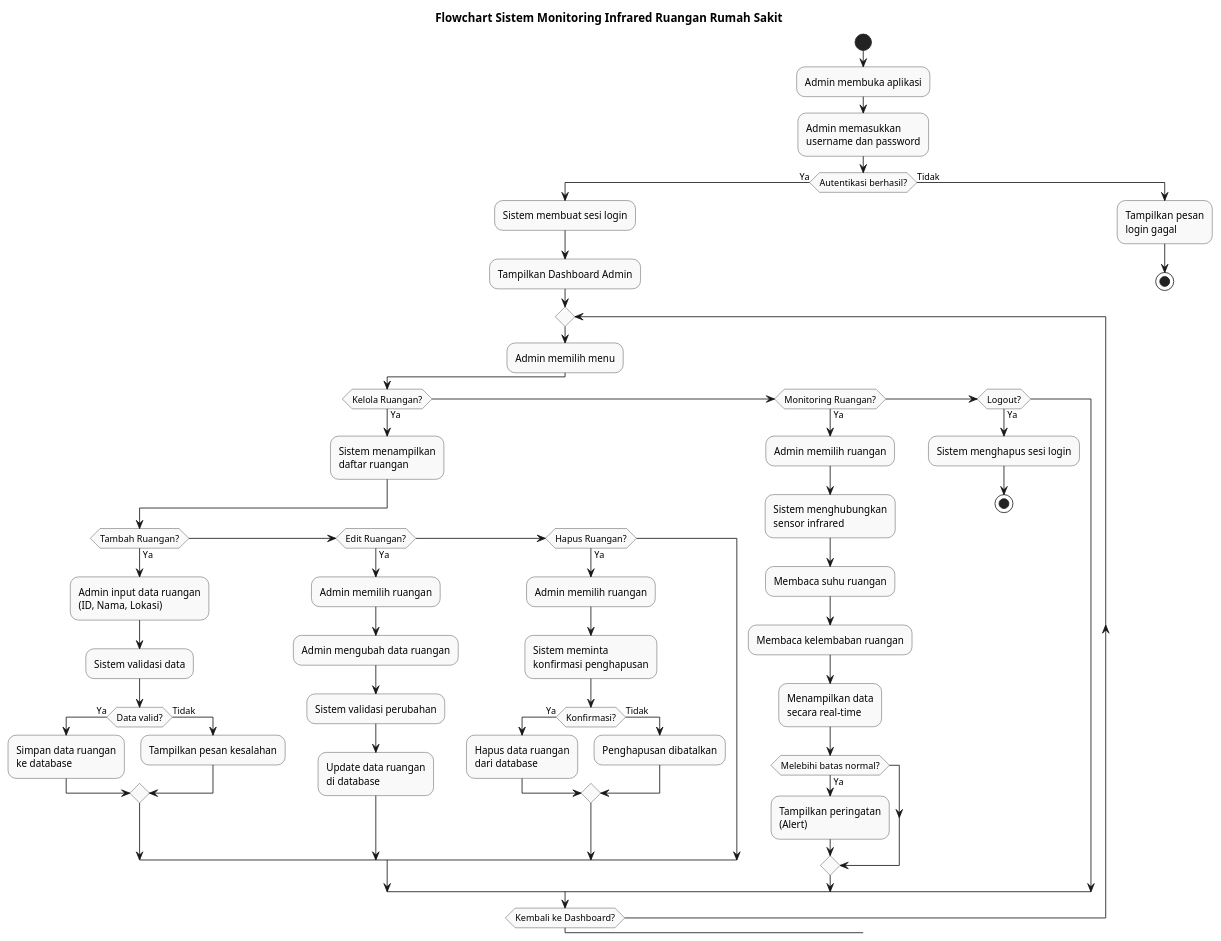
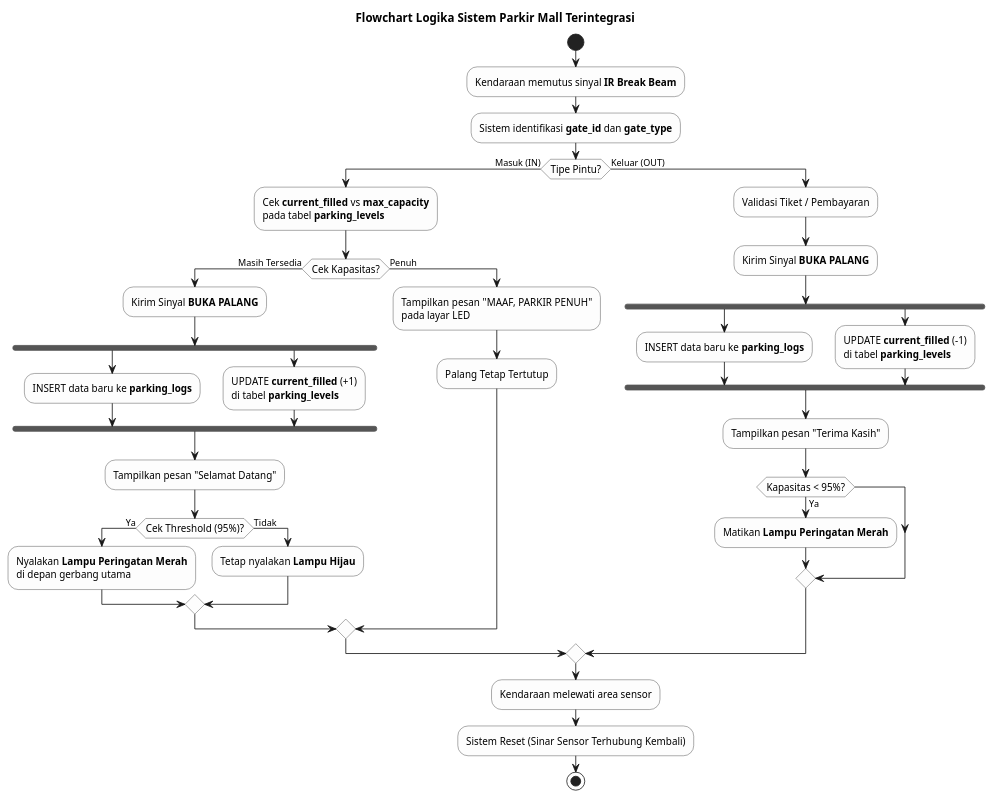
Before and after one commit to A-PPAW-TI503P-2025/PROJECT_KELOMPOK1_INFRARED: the diagram in flowchart.puml, drawn with PlantUML.

Commit message:
memperbarui flowchart

```diff
--- a/flowchart.puml
+++ b/flowchart.puml
@@ -1,75 +1,59 @@
 @startuml
-title Flowchart Sistem Monitoring Infrared Ruangan Rumah Sakit
-skinparam backgroundColor #FFFFFF
-skinparam shadowing false
-skinparam roundcorner 20
-skinparam defaultFontName Arial
-skinparam activity {
-    BackgroundColor #F9F9F9
-    BorderColor #333333
-    FontColor #000000
-}
+skinparam ActivityBackgroundColor #fdfdfd
+skinparam ActivityBorderColor #333333
+skinparam ActivityFontSize 12
+skinparam DiamondBackgroundColor #e9f5fe
+skinparam DiamondBorderColor #004a99
+
+title Flowchart Logika Sistem Parkir Mall Terintegrasi
 
 start
+:Kendaraan memutus sinyal **IR Break Beam**;
+:Sistem identifikasi **gate_id** dan **gate_type**;
 
-:Admin membuka aplikasi;
-:Admin memasukkan\nusername dan password;
+if (Tipe Pintu?) then (Masuk (IN))
+    :Cek **current_filled** vs **max_capacity**\npada tabel **parking_levels**;
+    
+    if (Cek Kapasitas?) then (Masih Tersedia)
+        :Kirim Sinyal **BUKA PALANG**;
+        
+        fork
+            :INSERT data baru ke **parking_logs**;
+        fork again
+            :UPDATE **current_filled** (+1)\ndi tabel **parking_levels**;
+        end fork
+        
+        :Tampilkan pesan "Selamat Datang";
+        
+        if (Cek Threshold (95%)?) then (Ya)
+            :Nyalakan **Lampu Peringatan Merah**\ndi depan gerbang utama;
+        else (Tidak)
+            :Tetap nyalakan **Lampu Hijau**;
+        endif
+        
+    else (Penuh)
+        :Tampilkan pesan "MAAF, PARKIR PENUH"\npada layar LED;
+        :Palang Tetap Tertutup;
+    endif
 
-if (Autentikasi berhasil?) then (Ya)
-    :Sistem membuat sesi login;
-    :Tampilkan Dashboard Admin;
+else (Keluar (OUT))
+    :Validasi Tiket / Pembayaran;
+    :Kirim Sinyal **BUKA PALANG**;
+    
+    fork
+        :INSERT data baru ke **parking_logs**;
+    fork again
+        :UPDATE **current_filled** (-1)\ndi tabel **parking_levels**;
+    end fork
+    
+    :Tampilkan pesan "Terima Kasih";
+    
+    if (Kapasitas < 95%?) then (Ya)
+        :Matikan **Lampu Peringatan Merah**;
+    endif
+endif
 
-    repeat
-        :Admin memilih menu;
-
-        if (Kelola Ruangan?) then (Ya)
-            :Sistem menampilkan\ndaftar ruangan;
-
-            if (Tambah Ruangan?) then (Ya)
-                :Admin input data ruangan\n(ID, Nama, Lokasi);
-                :Sistem validasi data;
-                if (Data valid?) then (Ya)
-                    :Simpan data ruangan\nke database;
-                else (Tidak)
-                    :Tampilkan pesan kesalahan;
-                endif
-
-            elseif (Edit Ruangan?) then (Ya)
-                :Admin memilih ruangan;
-                :Admin mengubah data ruangan;
-                :Sistem validasi perubahan;
-                :Update data ruangan\ndi database;
-
-            elseif (Hapus Ruangan?) then (Ya)
-                :Admin memilih ruangan;
-                :Sistem meminta\nkonfirmasi penghapusan;
-                if (Konfirmasi?) then (Ya)
-                    :Hapus data ruangan\ndari database;
-                else (Tidak)
-                    :Penghapusan dibatalkan;
-                endif
-            endif
-
-        elseif (Monitoring Ruangan?) then (Ya)
-            :Admin memilih ruangan;
-            :Sistem menghubungkan\nsensor infrared;
-            :Membaca suhu ruangan;
-            :Membaca kelembaban ruangan;
-            :Menampilkan data\nsecara real-time;
-
-            if (Melebihi batas normal?) then (Ya)
-                :Tampilkan peringatan\n(Alert);
-            endif
-
-        elseif (Logout?) then (Ya)
-            :Sistem menghapus sesi login;
-            stop
-        endif
-
-    repeat while (Kembali ke Dashboard?)
-
-else (Tidak)
-    :Tampilkan pesan\nlogin gagal;
-    stop
-endif
+:Kendaraan melewati area sensor;
+:Sistem Reset (Sinar Sensor Terhubung Kembali);
+stop
 @enduml
```
